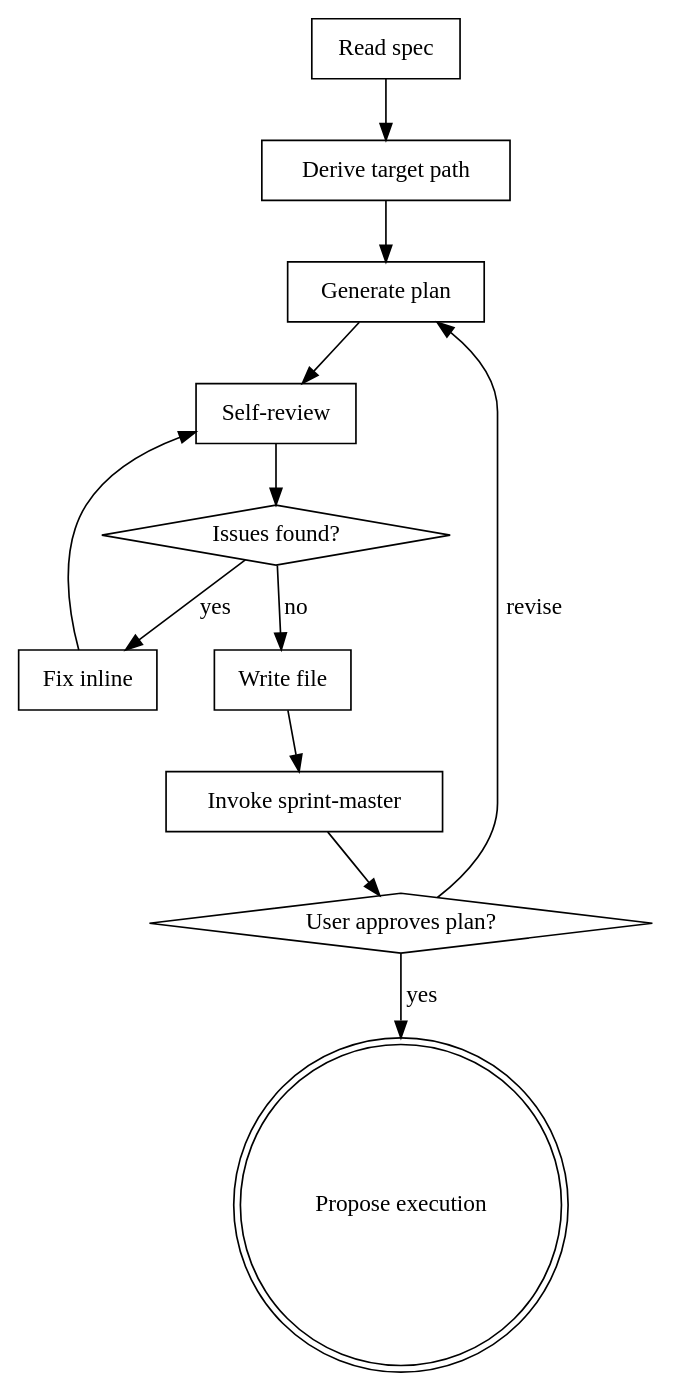
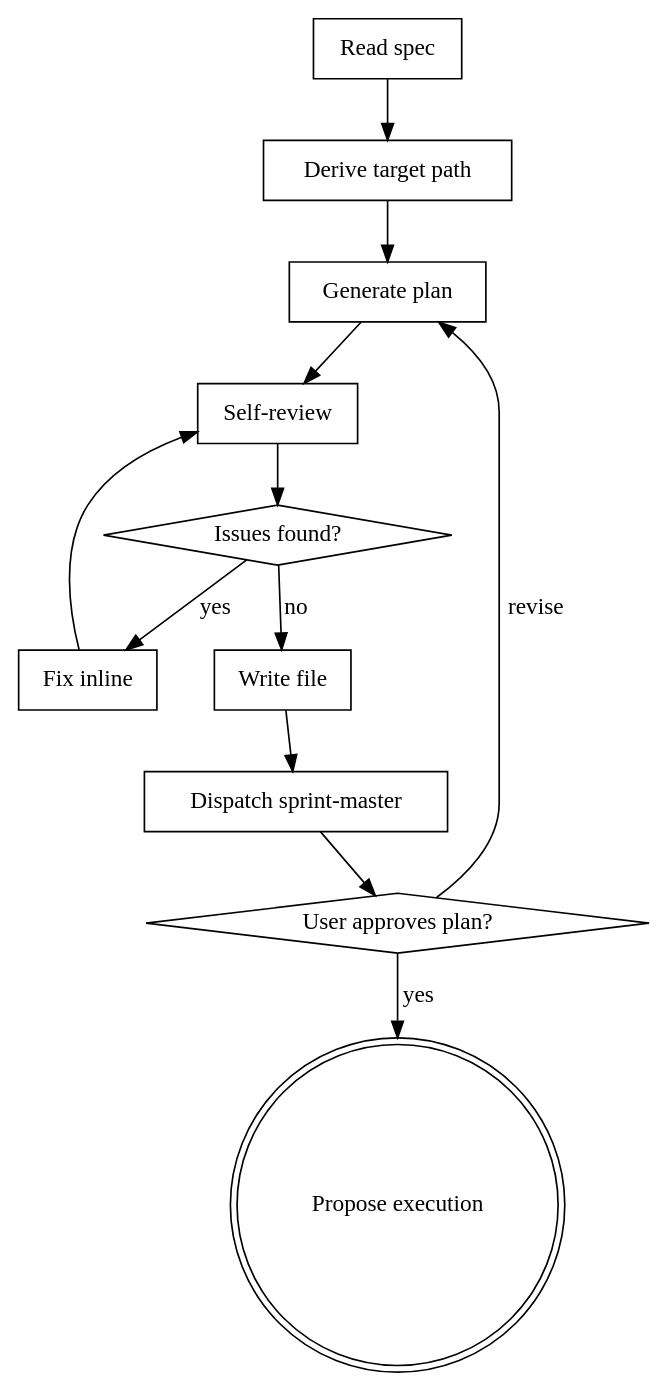
Before and after one commit to rat-siem/team-driven-development: the diagram in skills/team-plan/SKILL.md, drawn with Graphviz. The commit also changed other lines of this file and 3 other files, not shown here.

First line of the commit message:
refactor(sprint-master): convert to subagent for proper caller return

````diff
--- a/skills/team-plan/SKILL.md
+++ b/skills/team-plan/SKILL.md
@@ -29,26 +29,26 @@
 ```dot
 digraph team_plan {
     "Read spec" [shape=box];
     "Derive target path" [shape=box];
     "Generate plan" [shape=box];
     "Self-review" [shape=box];
     "Issues found?" [shape=diamond];
     "Fix inline" [shape=box];
     "Write file" [shape=box];
-    "Invoke sprint-master" [shape=box];
+    "Dispatch sprint-master" [shape=box];
     "User approves plan?" [shape=diamond];
     "Propose execution" [shape=doublecircle];
 
     "Read spec" -> "Derive target path";
     "Derive target path" -> "Generate plan";
     "Generate plan" -> "Self-review";
     "Self-review" -> "Issues found?";
     "Issues found?" -> "Fix inline" [label="yes"];
     "Fix inline" -> "Self-review";
     "Issues found?" -> "Write file" [label="no"];
-    "Write file" -> "Invoke sprint-master";
-    "Invoke sprint-master" -> "User approves plan?";
+    "Write file" -> "Dispatch sprint-master";
+    "Dispatch sprint-master" -> "User approves plan?";
     "User approves plan?" -> "Generate plan" [label="revise"];
     "User approves plan?" -> "Propose execution" [label="yes"];
 }
 ```
````
